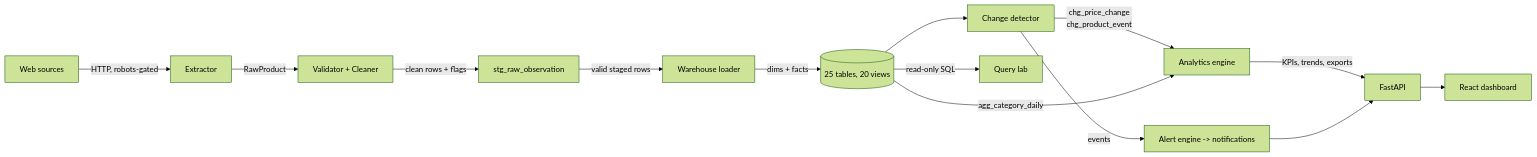
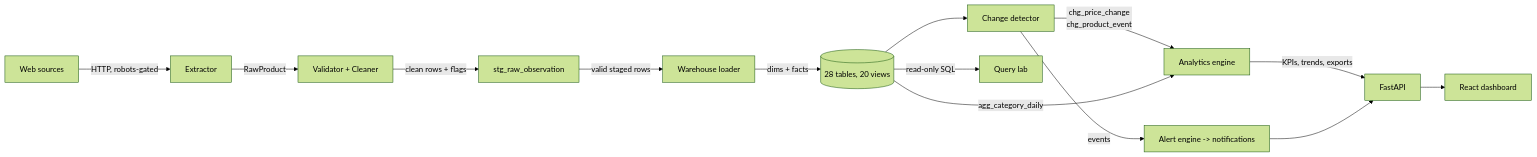
The eighth of 15 diagrams in README.md (Ahmedbakr78/Web-to-Warehouse-Product-Intelligence-Pipeline), drawn with Mermaid (forest theme) before and after one commit. The commit also changed other lines of this file and 18 other files, not shown here.

````diff
--- a/README.md
+++ b/README.md
@@ -556,16 +556,16 @@
 ```mermaid
 flowchart LR
     W["Web sources"] -->|"HTTP, robots-gated"| E["Extractor"]
     E -->|"RawProduct"| V["Validator + Cleaner"]
     V -->|"clean rows + flags"| ST["stg_raw_observation"]
     ST -->|"valid staged rows"| L["Warehouse loader"]
-    L -->|"dims + facts"| WH[("25 tables, 20 views")]
+    L -->|"dims + facts"| WH[("28 tables, 20 views")]
     WH --> CD["Change detector"]
     CD -->|"chg_price_change<br/>chg_product_event"| AN["Analytics engine"]
     WH -->|"agg_category_daily"| AN
     CD -->|"events"| AL["Alert engine -> notifications"]
     AN -->|"KPIs, trends, exports"| AP["FastAPI"]
     AL --> AP
     AP --> UI["React dashboard"]
     WH -->|"read-only SQL"| QL["Query lab"]
 ```
````
